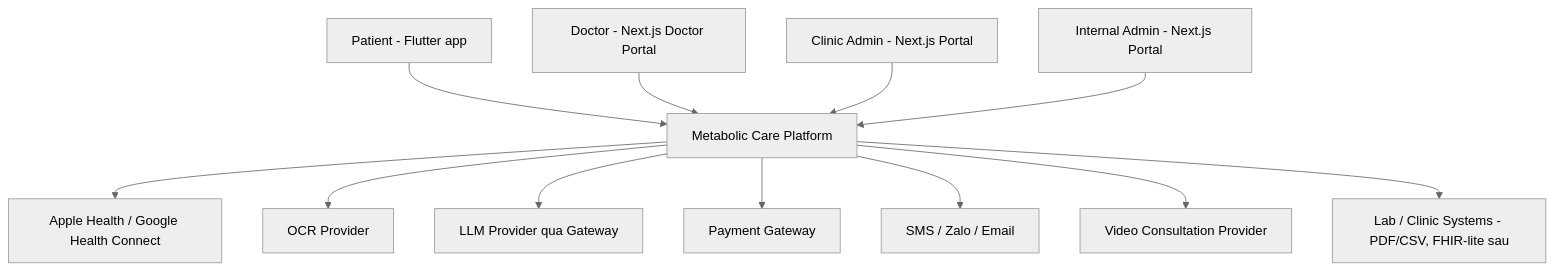
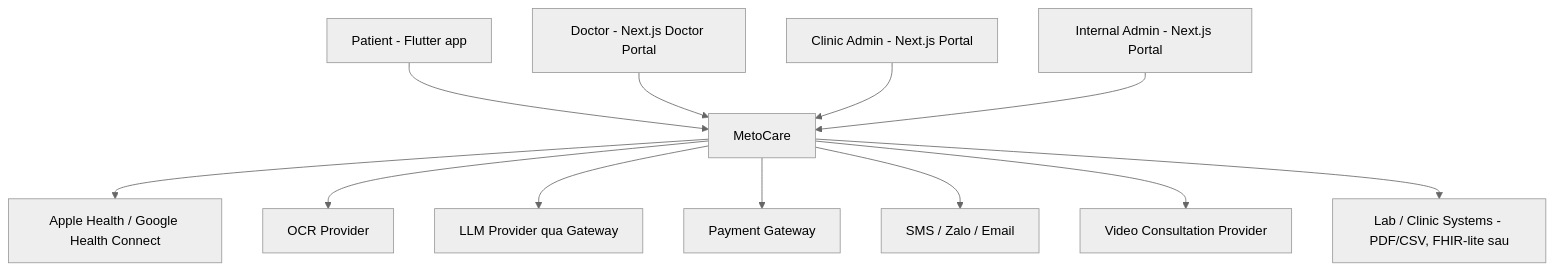
Before and after one commit to hieucat75/MetoCare: the first of 7 diagrams in docs/Technical_Architecture.md, drawn with Mermaid (neutral theme). The commit also changed other lines of this file and 13 other files, not shown here.

First line of the commit message:
chore: rename project references to MetoCare

````diff
--- a/docs/Technical_Architecture.md
+++ b/docs/Technical_Architecture.md
@@ -25,15 +25,15 @@
 ```mermaid
 graph TD
-    P[Patient - Flutter app] --> SYS[Metabolic Care Platform]
+    P[Patient - Flutter app] --> SYS[MetoCare]
     D[Doctor - Next.js Doctor Portal] --> SYS
     CA[Clinic Admin - Next.js Portal] --> SYS
     IA[Internal Admin - Next.js Portal] --> SYS
 
     SYS --> HEALTHKIT[Apple Health / Google Health Connect]
     SYS --> OCRX[OCR Provider]
     SYS --> LLMX[LLM Provider qua Gateway]
     SYS --> PAYX[Payment Gateway]
     SYS --> MSGX[SMS / Zalo / Email]
     SYS --> VIDX[Video Consultation Provider]
     SYS --> LABX[Lab / Clinic Systems - PDF/CSV, FHIR-lite sau]
 ```
````
